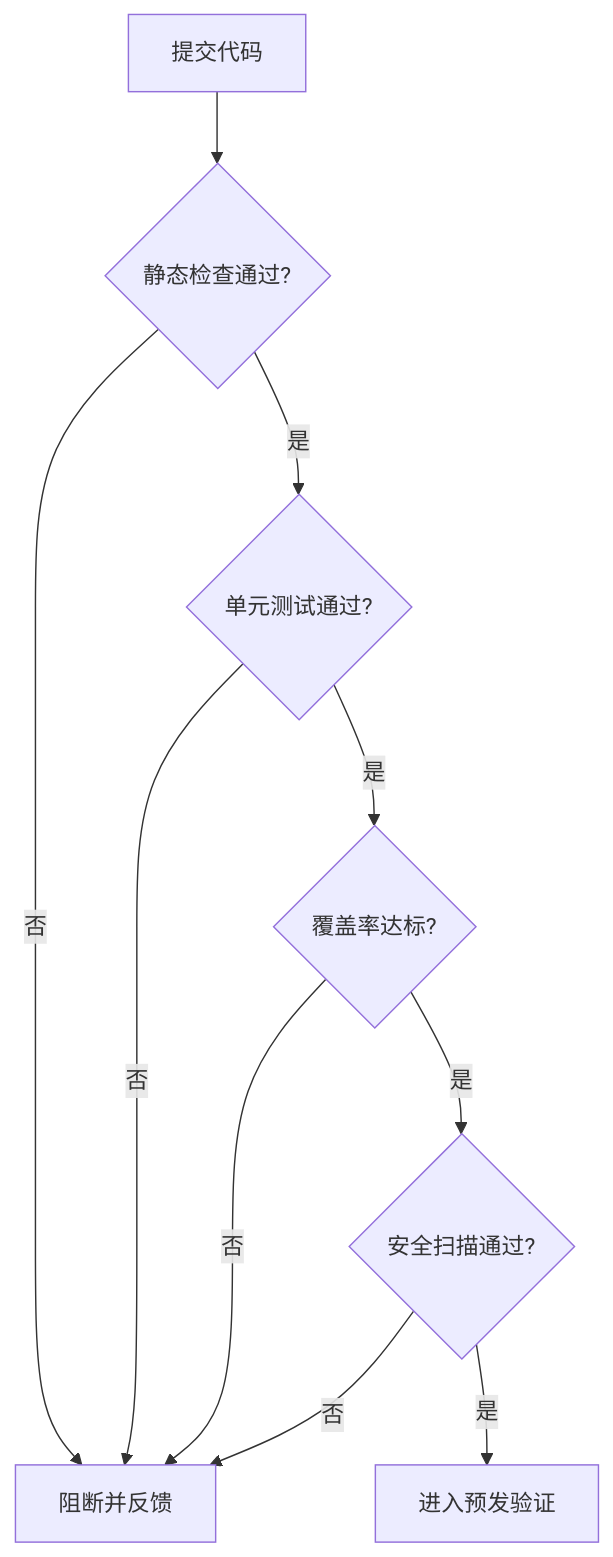
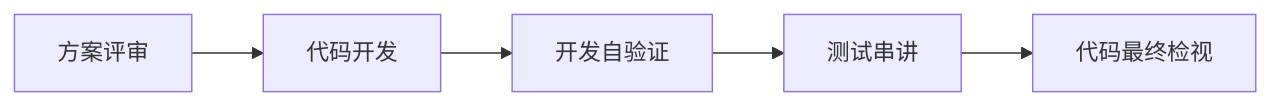
One commit to a869320750/MyHtmlResume changed the second of 4 diagrams in data/markdown/huawei-patch-subpm/detail_design.md. Above: the diagram before and after it, drawn with Mermaid. The commit also changed other lines of this file and 1 other file, not shown here.

````diff
--- a/data/markdown/huawei-patch-subpm/detail_design.md
+++ b/data/markdown/huawei-patch-subpm/detail_design.md
@@ -47,12 +60,7 @@
 ```mermaid
-flowchart TD
-    A[提交代码] --> B{静态检查通过?}
-    B -- 否 --> X[阻断并反馈]
-    B -- 是 --> C{单元测试通过?}
-    C -- 否 --> X
-    C -- 是 --> D{覆盖率达标?}
-    D -- 否 --> X
-    D -- 是 --> E{安全扫描通过?}
-    E -- 否 --> X
-    E -- 是 --> F[进入预发验证]
+flowchart LR
+A[方案评审] --> B[代码开发]
+B --> C[开发自验证]
+C --> D[测试串讲]
+D --> E[代码最终检视]
 ```
````
